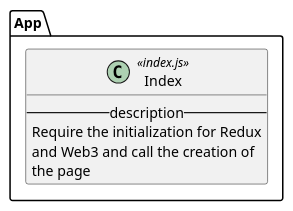
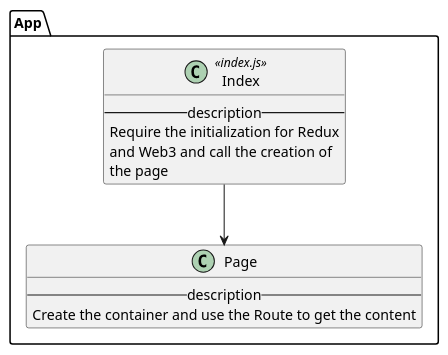
One commit to M9k/Marvin-Uml changed the diagram in react/app/index.iuml. Above: the diagram before and after it, drawn with PlantUML. The commit also changed 2 other files, not shown here.

```diff
--- a/react/app/index.iuml
+++ b/react/app/index.iuml
@@ -1,9 +1,14 @@
 package App {
 
     class Index <<index.js>> {
     --description--
         Require the initialization for Redux
         and Web3 and call the creation of
         the page
     } 
+    class Page {
+    --description--
+        Create the container and use the Route to get the content
+    } 
+	Index --> Page
 }
```
